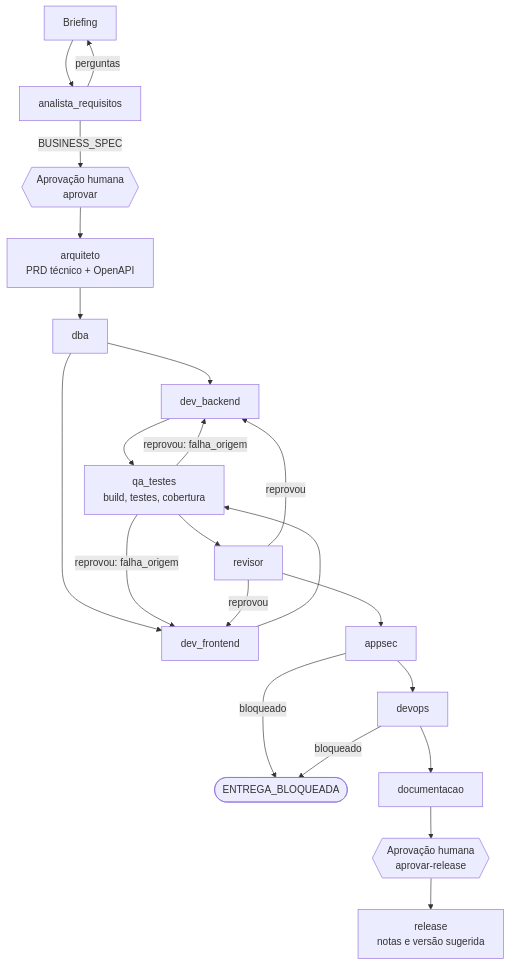
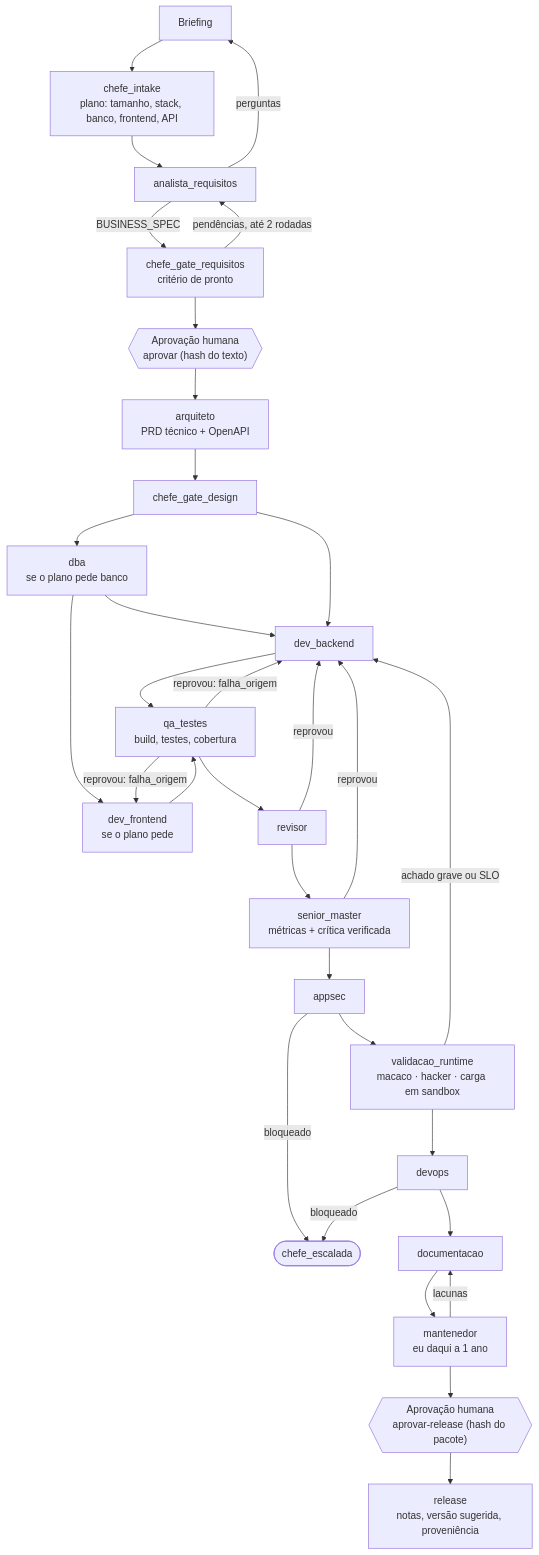
Before and after one commit to tudoemcodigo/TudoIA: the diagram in runtime/squadti/README.md, drawn with Mermaid. The commit also changed other lines of this file and 31 other files, not shown here.

````diff
--- a/runtime/squadti/README.md
+++ b/runtime/squadti/README.md
@@ -55,24 +59,34 @@
 ```mermaid
 flowchart TD
-    U[Briefing] --> R[analista_requisitos]
+    U[Briefing] --> CI[chefe_intake<br/>plano: tamanho, stack, banco, frontend, API]
+    CI --> R[analista_requisitos]
     R -->|perguntas| U
-    R -->|BUSINESS_SPEC| H1{{"Aprovação humana<br/>aprovar"}}
+    R -->|BUSINESS_SPEC| G1[chefe_gate_requisitos<br/>critério de pronto]
+    G1 -->|pendências, até 2 rodadas| R
+    G1 --> H1{{"Aprovação humana<br/>aprovar (hash do texto)"}}
     H1 --> A[arquiteto<br/>PRD técnico + OpenAPI]
-    A --> D[dba]
+    A --> G2[chefe_gate_design]
+    G2 --> D[dba<br/>se o plano pede banco]
     D --> B[dev_backend]
-    D --> F[dev_frontend]
+    D --> F[dev_frontend<br/>se o plano pede]
+    G2 --> B
     B --> Q[qa_testes<br/>build, testes, cobertura]
     F --> Q
     Q -->|reprovou: falha_origem| B
     Q -->|reprovou: falha_origem| F
     Q --> V[revisor]
     V -->|reprovou| B
-    V -->|reprovou| F
-    V --> S[appsec]
-    S -->|bloqueado| X([ENTREGA_BLOQUEADA])
-    S --> O[devops]
+    V --> SM[senior_master<br/>métricas + crítica verificada]
+    SM -->|reprovou| B
+    SM --> S[appsec]
+    S -->|bloqueado| X([chefe_escalada])
+    S --> VR[validacao_runtime<br/>macaco · hacker · carga em sandbox]
+    VR -->|achado grave ou SLO| B
+    VR --> O[devops]
     O -->|bloqueado| X
     O --> W[documentacao]
-    W --> H2{{"Aprovação humana<br/>aprovar-release"}}
-    H2 --> L[release<br/>notas e versão sugerida]
+    W --> M[mantenedor<br/>eu daqui a 1 ano]
+    M -->|lacunas| W
+    M --> H2{{"Aprovação humana<br/>aprovar-release (hash do pacote)"}}
+    H2 --> L[release<br/>notas, versão sugerida, proveniência]
 ```
````
